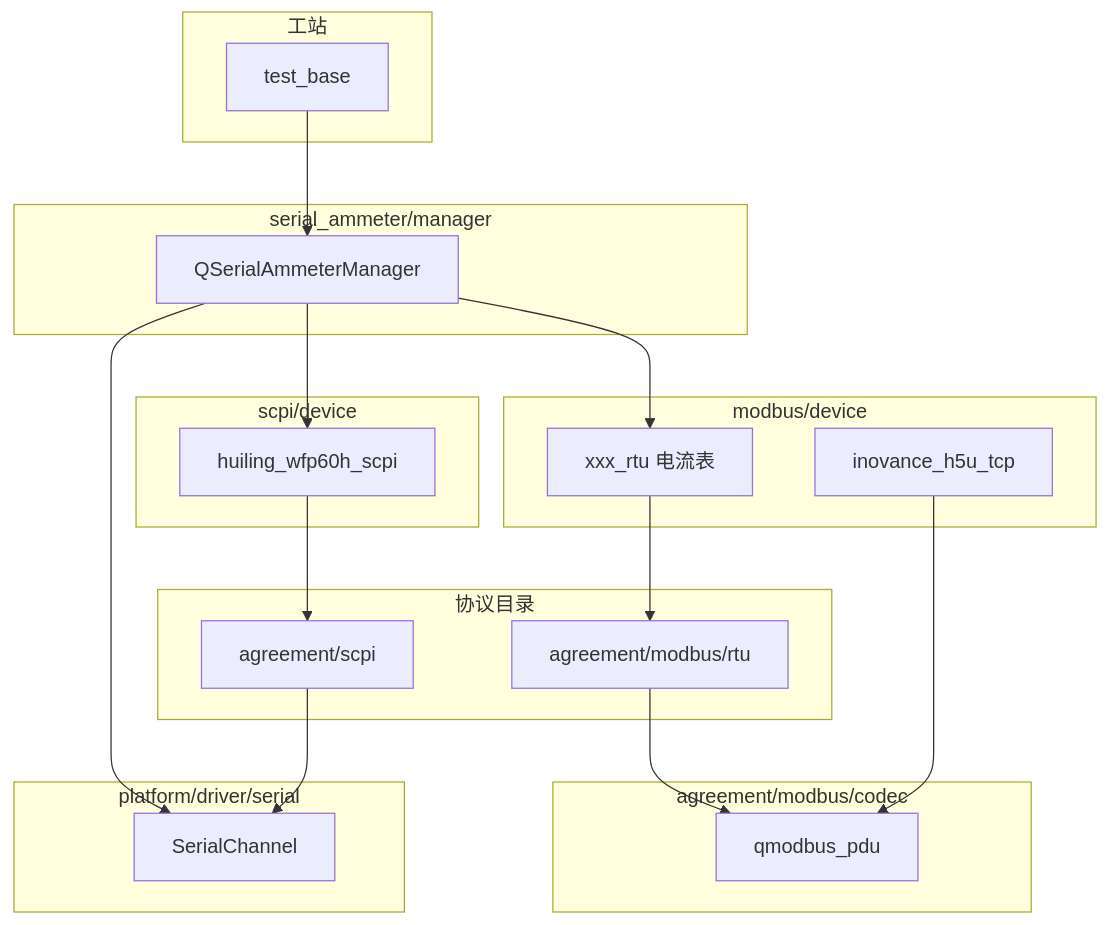
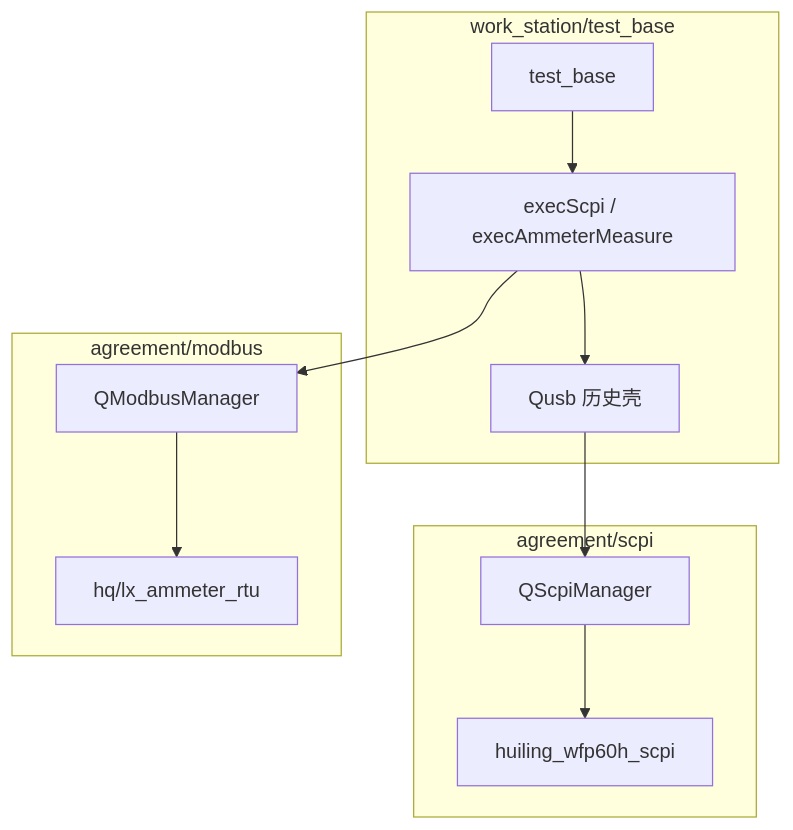
The diagram in docs/agreement按外设域拆分重构方案.md (yuhuang163/test), drawn with Mermaid before and after one commit. The commit also changed other lines of this file and 57 other files, not shown here.

````diff
--- a/docs/agreement按外设域拆分重构方案.md
+++ b/docs/agreement按外设域拆分重构方案.md
@@ -435,35 +448,22 @@
 ```mermaid
 flowchart TB
-    subgraph station [工站]
+    subgraph station [work_station/test_base]
         TB[test_base]
+        USB[Qusb 历史壳]
+        EXE[execScpi / execAmmeterMeasure]
     end
-    subgraph scpi_dev [scpi/device]
-        HL[huiling_wfp60h_scpi]
+    subgraph scpi_dom [agreement/scpi]
+        SM[QScpiManager]
+        DEV[huiling_wfp60h_scpi]
     end
-    subgraph modbus_dev [modbus/device]
-        PLC[inovance_h5u_tcp]
-        RTU[xxx_rtu 电流表]
+    subgraph modbus_dom [agreement/modbus]
+        MM[QModbusManager]
+        RTU[hq/lx_ammeter_rtu]
     end
-    subgraph mgr [serial_ammeter/manager]
-        M[QSerialAmmeterManager]
-    end
-    subgraph proto [协议目录]
-        SCPI[agreement/scpi]
-        RTUlayer[agreement/modbus/rtu]
-    end
-    subgraph modbus_codec [agreement/modbus/codec]
-        PDU[qmodbus_pdu]
-    end
-    subgraph drv [platform/driver/serial]
-        SER[SerialChannel]
-    end
-    TB --> M
-    M --> HL
-    M --> RTU
-    HL --> SCPI
-    RTU --> RTUlayer
-    RTUlayer --> PDU
-    PLC --> PDU
-    M --> SER
-    SCPI --> SER
+    TB --> EXE
+    EXE --> USB
+    USB --> SM
+    EXE --> MM
+    SM --> DEV
+    MM --> RTU
 ```
````
